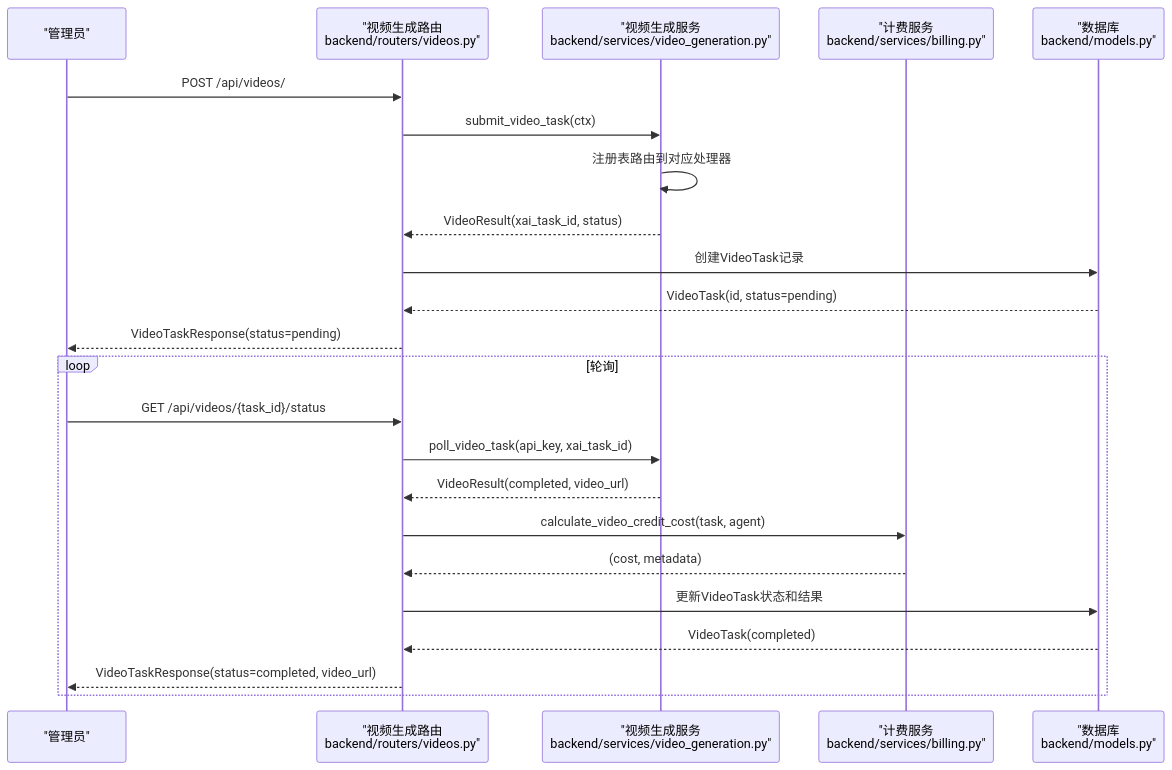
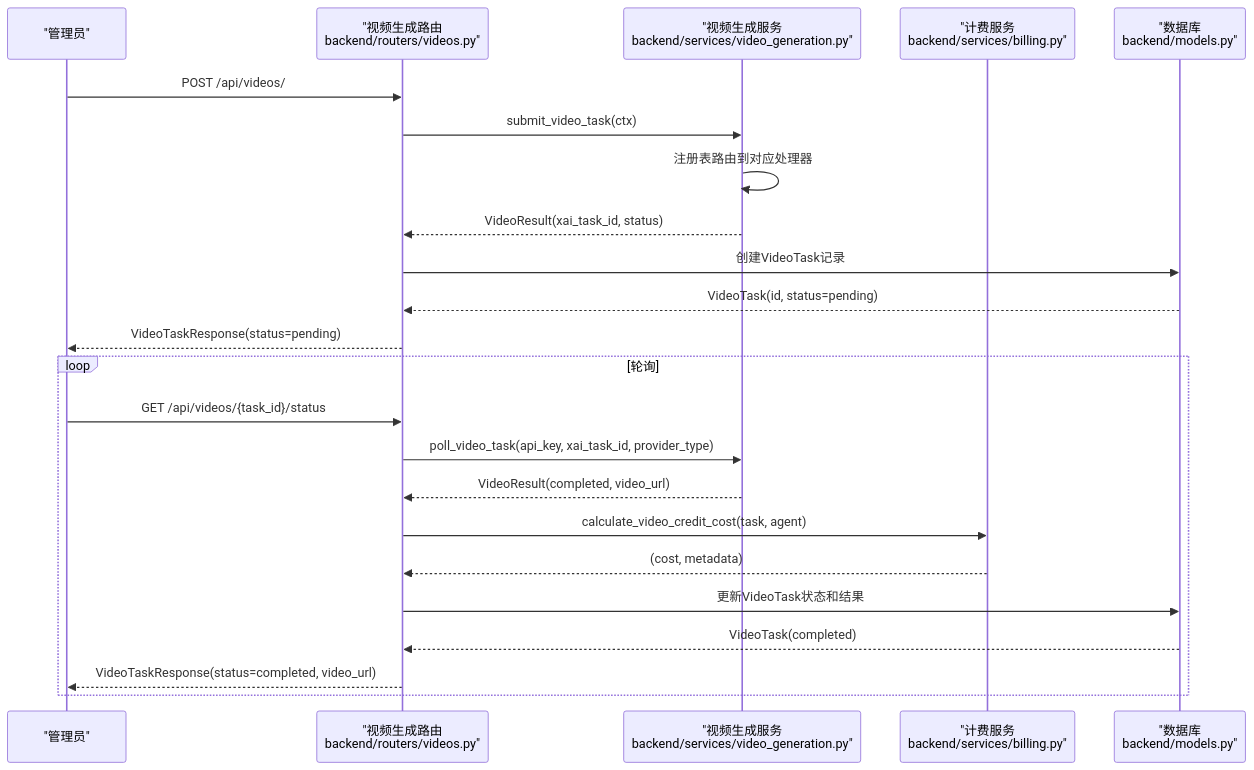
Before and after one commit to KunLabAI/KunFlix: the eighth of 11 diagrams in .qoder/repowiki/zh/content/后台管理系统/后台管理系统.md, drawn with Mermaid. The commit also changed other lines of this file and 11 other files, not shown here.

````diff
--- a/.qoder/repowiki/zh/content/后台管理系统/后台管理系统.md
+++ b/.qoder/repowiki/zh/content/后台管理系统/后台管理系统.md
@@ -498,25 +501,25 @@
 ```mermaid
 sequenceDiagram
 participant Admin as "管理员"
 participant API as "视频生成路由<br/>backend/routers/videos.py"
 participant Service as "视频生成服务<br/>backend/services/video_generation.py"
 participant Billing as "计费服务<br/>backend/services/billing.py"
 participant DB as "数据库<br/>backend/models.py"
 Admin->>API : POST /api/videos/
 API->>Service : submit_video_task(ctx)
 Service->>Service : 注册表路由到对应处理器
 Service-->>API : VideoResult(xai_task_id, status)
 API->>DB : 创建VideoTask记录
 DB-->>API : VideoTask(id, status=pending)
 API-->>Admin : VideoTaskResponse(status=pending)
 loop 轮询
 Admin->>API : GET /api/videos/{task_id}/status
-API->>Service : poll_video_task(api_key, xai_task_id)
+API->>Service : poll_video_task(api_key, xai_task_id, provider_type)
 Service-->>API : VideoResult(completed, video_url)
 API->>Billing : calculate_video_credit_cost(task, agent)
 Billing-->>API : (cost, metadata)
 API->>DB : 更新VideoTask状态和结果
 DB-->>API : VideoTask(completed)
 API-->>Admin : VideoTaskResponse(status=completed, video_url)
 end
 ```
````
